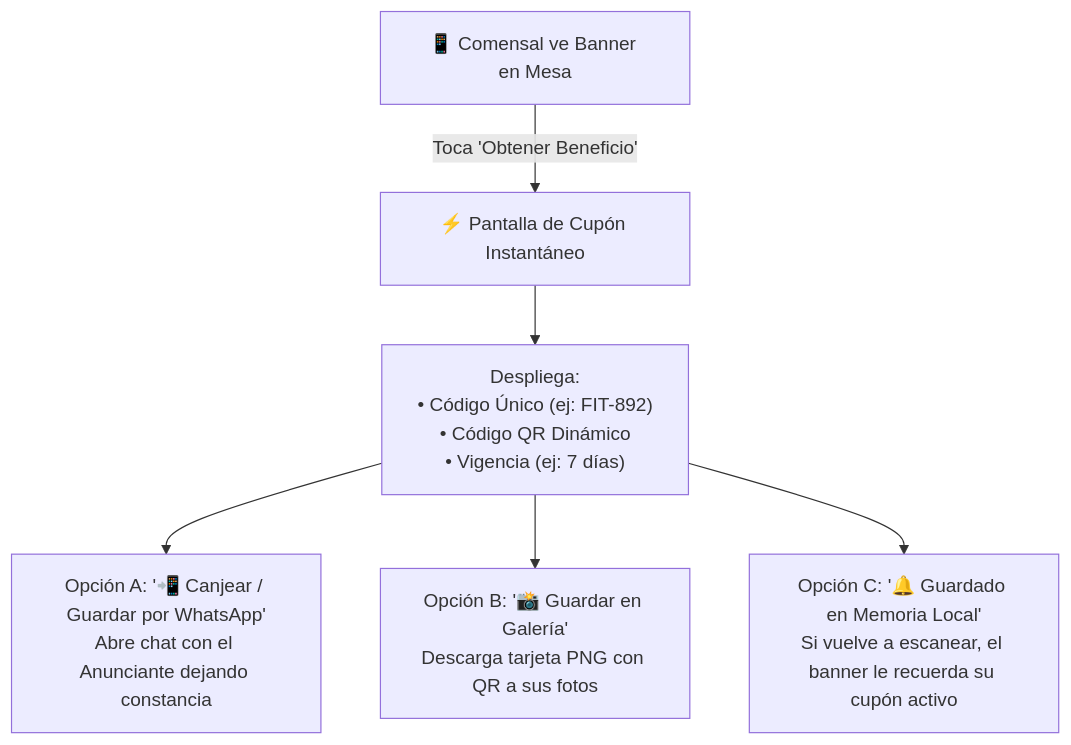
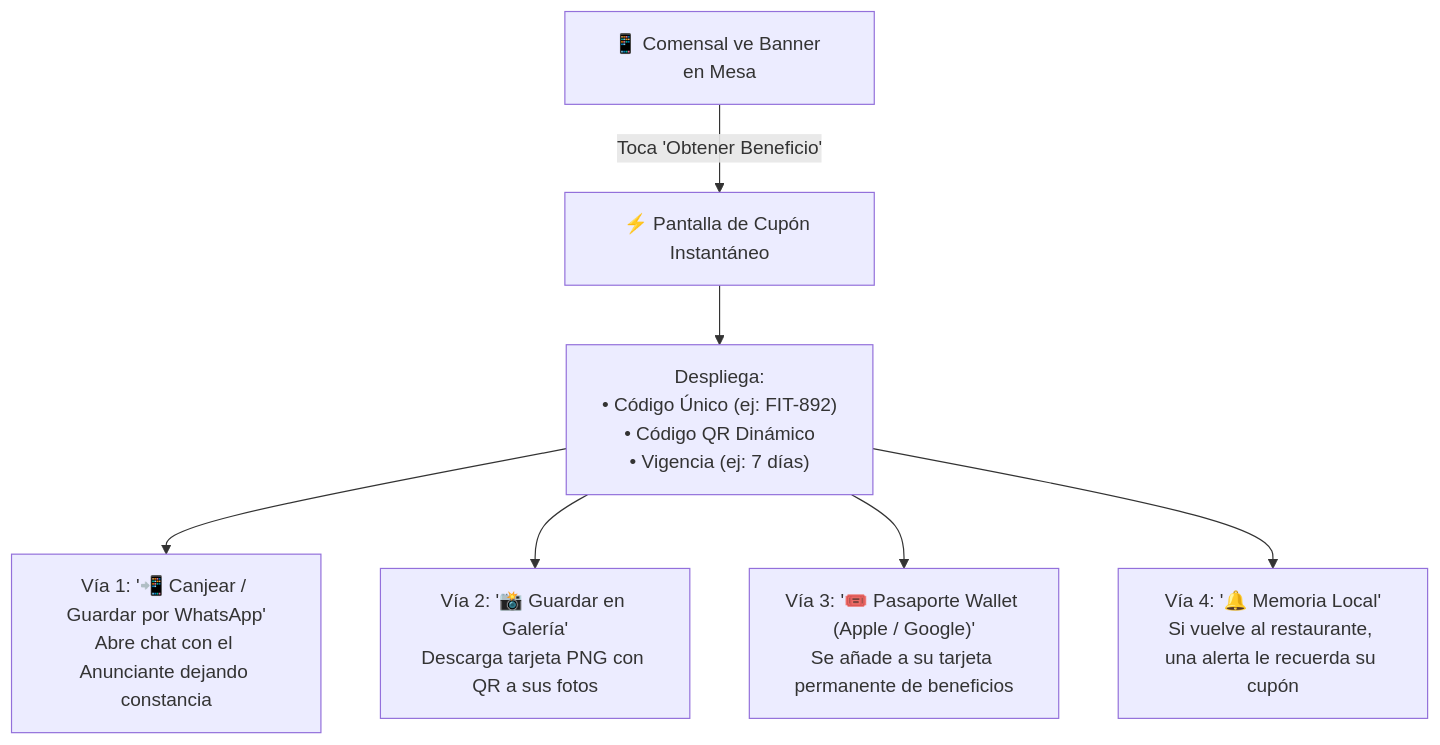
The first of 2 diagrams in docs/SPEC_INFRAESTRUCTURA_CUPONES.md (arteagaescorza-dev/google-reviews-nfc), drawn with Mermaid before and after one commit. The commit also changed other lines of this file and 1 other file, not shown here.

Commit message:
docs(spec): add DT-08 for CRM exports, register WhatsApp & Wallet reactivation, and formalize Multi-Coupon Wallet Passport

````diff
--- a/docs/SPEC_INFRAESTRUCTURA_CUPONES.md
+++ b/docs/SPEC_INFRAESTRUCTURA_CUPONES.md
@@ -27,9 +29,10 @@
 ```mermaid
 flowchart TD
     A["📱 Comensal ve Banner en Mesa"] -->|"Toca 'Obtener Beneficio'"| B["⚡ Pantalla de Cupón Instantáneo"]
     B --> C["Despliega:<br/>• Código Único (ej: FIT-892)<br/>• Código QR Dinámico<br/>• Vigencia (ej: 7 días)"]
     
-    C --> D1["Opción A: '📲 Canjear / Guardar por WhatsApp'<br/>Abre chat con el Anunciante dejando constancia"]
-    C --> D2["Opción B: '📸 Guardar en Galería'<br/>Descarga tarjeta PNG con QR a sus fotos"]
-    C --> D3["Opción C: '🔔 Guardado en Memoria Local'<br/>Si vuelve a escanear, el banner le recuerda su cupón activo"]
+    C --> D1["Vía 1: '📲 Canjear / Guardar por WhatsApp'<br/>Abre chat con el Anunciante dejando constancia"]
+    C --> D2["Vía 2: '📸 Guardar en Galería'<br/>Descarga tarjeta PNG con QR a sus fotos"]
+    C --> D3["Vía 3: '🎟️ Pasaporte Wallet (Apple / Google)'<br/>Se añade a su tarjeta permanente de beneficios"]
+    C --> D4["Vía 4: '🔔 Memoria Local'<br/>Si vuelve al restaurante, una alerta le recuerda su cupón"]
 ```
````
